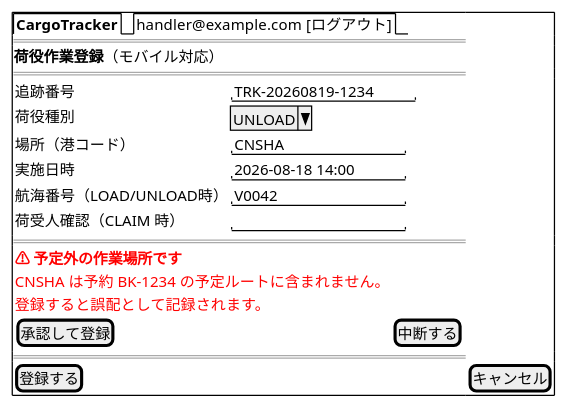
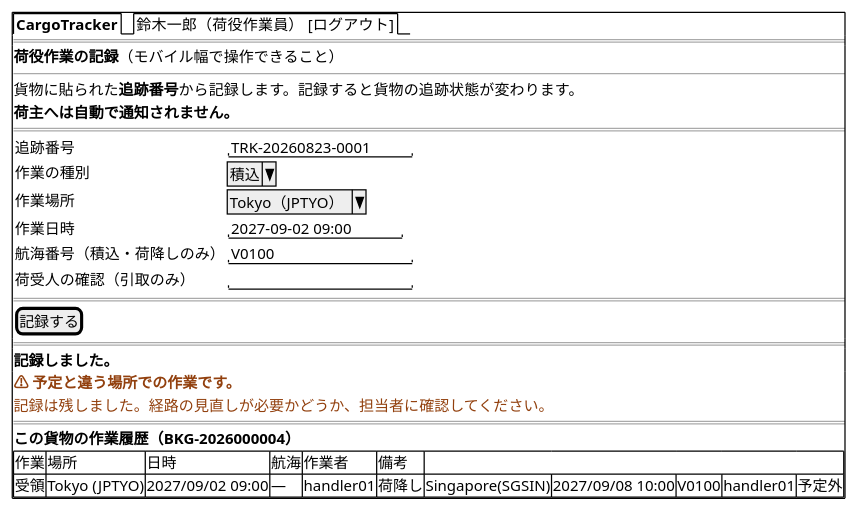
One commit to k2works/case-study-cargo-tracker changed diagram 18 of 21 in docs/design/ui_design.md. Above: the diagram before and after it, drawn with PlantUML. The commit also changed other lines of this file and 3 other files, not shown here.

````diff
--- a/docs/design/ui_design.md
+++ b/docs/design/ui_design.md
@@ -1077,27 +1077,34 @@
 ```plantuml
 @startsalt
 {+
-  {/ <b>CargoTracker</b>    |    handler@example.com  [ログアウト] }
+  {/ <b>CargoTracker</b>    |    鈴木一郎（荷役作業員）  [ログアウト] }
   ==
-  <b>荷役作業登録</b>（モバイル対応）
+  <b>荷役作業の記録</b>（モバイル幅で操作できること）
+  --
+  貨物に貼られた<b>追跡番号</b>から記録します。記録すると貨物の追跡状態が変わります。
+  <b>荷主へは自動で通知されません。</b>
   ==
   {
-    追跡番号                 | "TRK-20260819-1234 "
-    荷役種別                 | ^UNLOAD^
-    場所（港コード）         | "CNSHA            "
-    実施日時                 | "2026-08-18 14:00 "
-    航海番号（LOAD/UNLOAD時）| "V0042            "
-    荷受人確認（CLAIM 時）   | "                 "
+    追跡番号                     | "TRK-20260823-0001 "
+    作業の種別                   | ^積込^
+    作業場所                     | ^Tokyo（JPTYO）^
+    作業日時                     | "2027-09-02 09:00 "
+    航海番号（積込・荷降しのみ）  | "V0100             "
+    荷受人の確認（引取のみ）      | "                  "
   }
   ==
-  {
-    <color:red><b>⚠ 予定外の作業場所です</b></color>
-    <color:red>CNSHA は予約 BK-1234 の予定ルートに含まれません。</color>
-    <color:red>登録すると誤配として記録されます。</color>
-    [承認して登録] | [中断する]
+  [記録する]
+  ==
+  <b>記録しました。</b>
+  <color:#92400e><b>⚠ 予定と違う場所での作業です。</b></color>
+  <color:#92400e>記録は残しました。経路の見直しが必要かどうか、担当者に確認してください。</color>
+  ==
+  <b>この貨物の作業履歴（BKG-2026000004）</b>
+  {#
+    作業   | 場所            | 日時              | 航海  | 作業者    | 備考
+    受領   | Tokyo (JPTYO)   | 2027/09/02 09:00 | —     | handler01 |
+    荷降し | Singapore(SGSIN)| 2027/09/08 10:00 | V0100 | handler01 | 予定外
   }
-  ==
-  [登録する] | [キャンセル]
 }
 @endsalt
 ```
````
